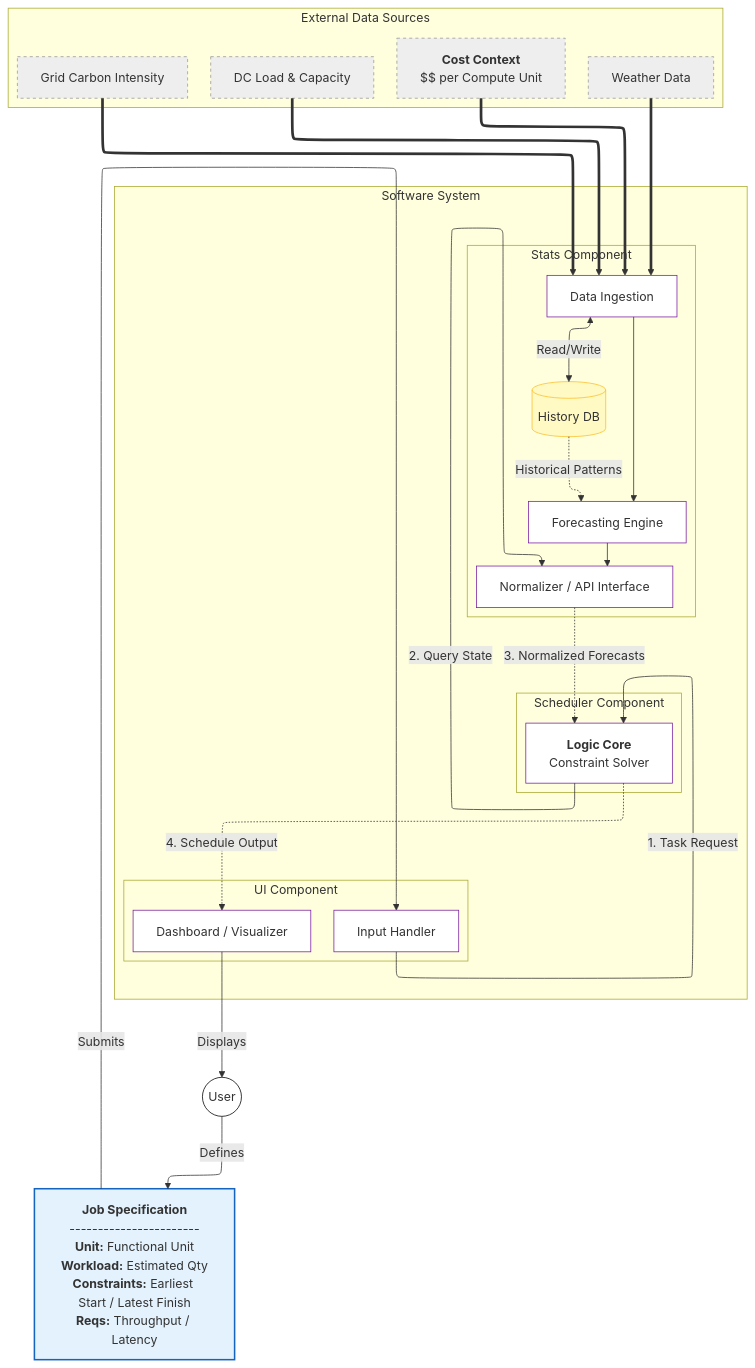
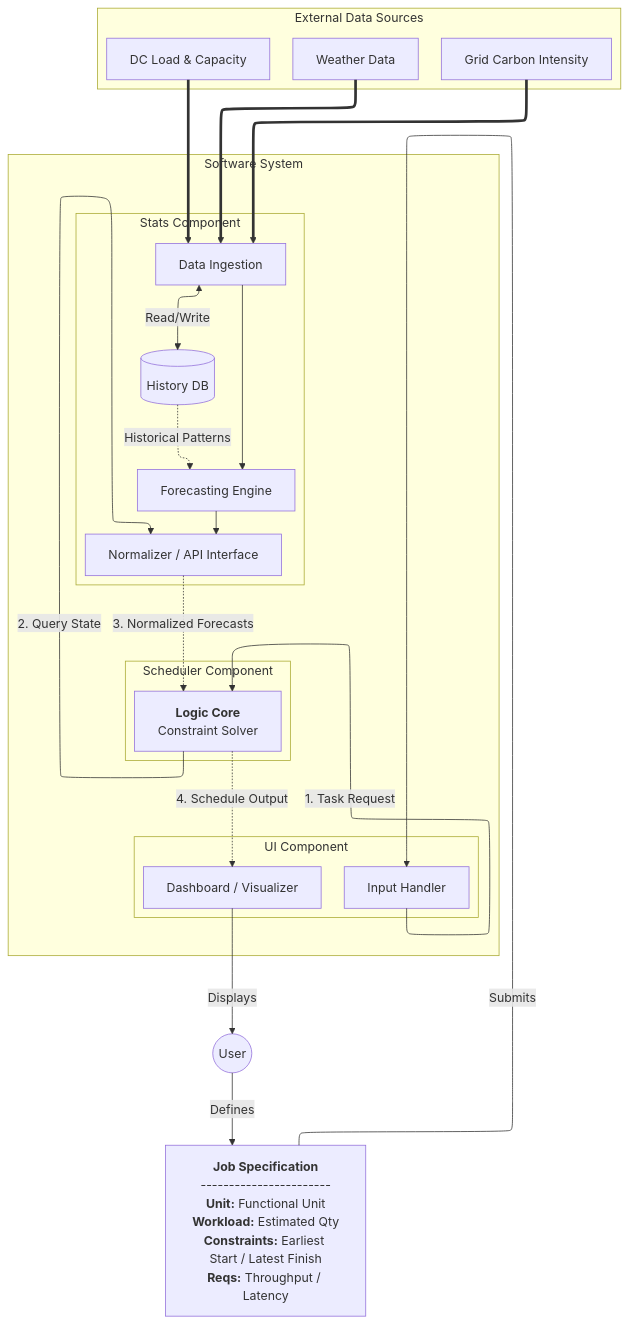
One commit to rithwik134/COMP0016_Website_Report_Team_25 changed the first of 6 diagrams in docs/system-design.md. Above: the diagram before and after it, drawn with Mermaid. The commit also changed other lines of this file, not shown here.

Commit message:
update mermaid

````diff
--- a/docs/system-design.md
+++ b/docs/system-design.md
@@ -7,71 +7,57 @@
 ```mermaid
 ---
 config:
   layout: elk
 ---
-flowchart TB
+flowchart
  subgraph External_Group["External Data Sources"]
-    direction LR
         Grid["Grid Carbon Intensity"]
         Weather["Weather Data"]
         DC_State["DC Load & Capacity"]
-        Costs["<b>Cost Context</b><br>$$ per Compute Unit"]
   end
  subgraph UI_Comp["UI Component"]
-    direction TB
         UI_In["Input Handler"]
         UI_View["Dashboard / Visualizer"]
   end
  subgraph Sched_Comp["Scheduler Component"]
-    direction TB
         Solver["<b>Logic Core</b><br>Constraint Solver"]
   end
  subgraph Stats_Comp["Stats Component"]
-    direction TB
         Ingest["Data Ingestion"]
         DB[("History DB")]
         Forecast["Forecasting Engine"]
         Norm["Normalizer / API Interface"]
   end
  subgraph System["Software System"]
-    direction TB
         UI_Comp
         Sched_Comp
         Stats_Comp
   end
     Ingest <-- Read/Write --> DB
     Ingest --> Forecast
     DB -. Historical Patterns .-> Forecast
     Forecast --> Norm
     User(("User")) -- Defines --> JobSpec["<b>Job Specification</b><br>-----------------------<br><b>Unit:</b> Functional Unit<br><b>Workload:</b> Estimated Qty<br><b>Constraints:</b> Earliest Start / Latest Finish<br><b>Reqs:</b> Throughput / Latency"]
     JobSpec -- Submits --> UI_In
     UI_In -- "1. Task Request" --> Solver
     Solver -. "4. Schedule Output" .-> UI_View
     UI_View -- Displays --> User
     Grid ==> Ingest
     Weather ==> Ingest
     DC_State ==> Ingest
-    Costs ==> Ingest
     Solver -- "2. Query State" --> Norm
     Norm -. "3. Normalized Forecasts" .-> Solver
 
      Grid:::external
      Weather:::external
      DC_State:::external
-     Costs:::external
      UI_In:::internal
      UI_View:::internal
      Solver:::internal
      Ingest:::internal
      DB:::database
      Forecast:::internal
      Norm:::internal
      User:::actor
      JobSpec:::dataNode
-    classDef component fill:#e1bee7,stroke:#4a148c,stroke-width:2px
-    classDef internal fill:#ffffff,stroke:#7b1fa2,stroke-width:1px
-    classDef database fill:#fff9c4,stroke:#fbc02d,stroke-width:1px
-    classDef actor fill:#ffffff,stroke:#000000,stroke-width:1px
-    classDef external fill:#eeeeee,stroke:#999999,stroke-width:1px,stroke-dasharray: 4 4
-    classDef dataNode fill:#e3f2fd,stroke:#1565c0,stroke-width:2px
 ```
````
